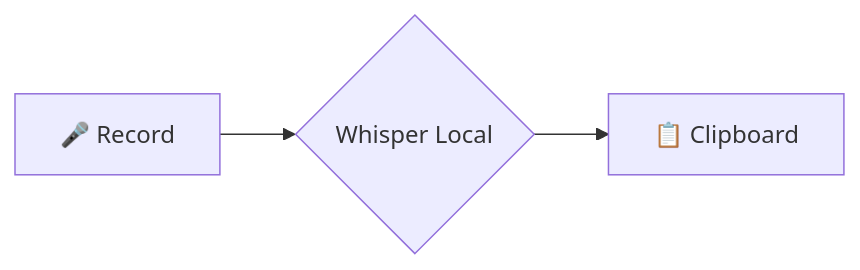
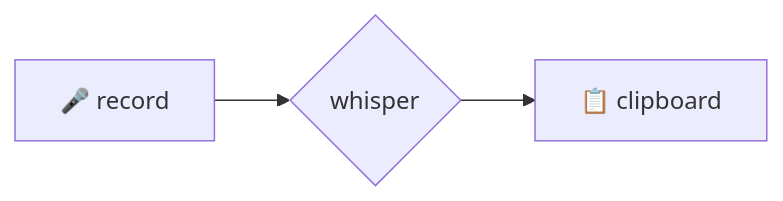
One commit to zarvent/v2m-lab changed the first of 2 diagrams in README.md. Above: the diagram before and after it, drawn with Mermaid. The commit also changed other lines of this file, not shown here.

````diff
--- a/README.md
+++ b/README.md
@@ -57,5 +49,5 @@
 ```mermaid
 flowchart LR
-    A[🎤 Record] --> B{Whisper Local}
-    B --> C[📋 Clipboard]
+A[🎤 record] --> B{whisper}
+B --> C[📋 clipboard]
 ```
````
